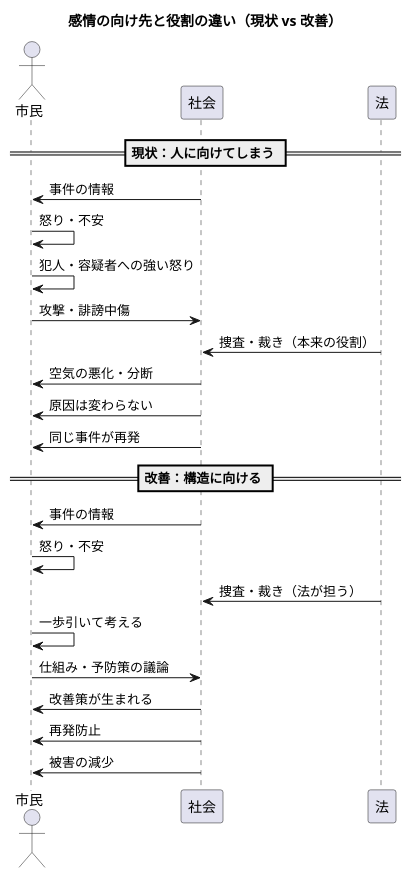
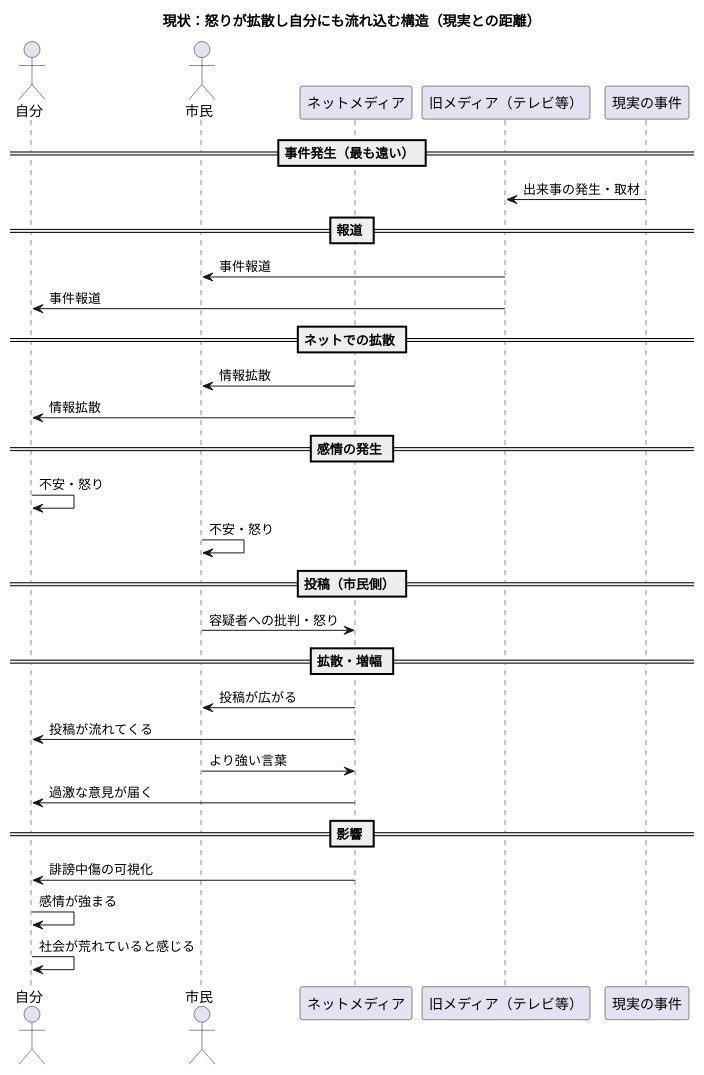
Before and after one commit to coacoa/images: the diagram in media_fix1.pu, drawn with PlantUML. The commit also changed 3 other files, not shown here.

```diff
--- a/media_fix1.pu
+++ b/media_fix1.pu
@@ -1,34 +1,39 @@
 @startuml
-title 感情の向け先と役割の違い（現状 vs 改善）
+title 現状：怒りが拡散し自分にも流れ込む構造（現実との距離）
 
-actor 市民
-participant 社会
-participant 法
+actor 自分
+actor 市民 as その他の人
+participant "ネットメディア" as netmedia
+participant "旧メディア（テレビ等）" as oldmedia
+participant "現実の事件" as reality
 
-== 現状：人に向けてしまう ==
-社会 -> 市民 : 事件の情報
-市民 -> 市民 : 怒り・不安
+== 事件発生（最も遠い） ==
+reality -> oldmedia : 出来事の発生・取材
 
-市民 -> 市民 : 犯人・容疑者への強い怒り
-市民 -> 社会 : 攻撃・誹謗中傷
+== 報道 ==
+oldmedia -> その他の人 : 事件報道
+oldmedia -> 自分 : 事件報道
 
-法 -> 社会 : 捜査・裁き（本来の役割）
+== ネットでの拡散 ==
+netmedia -> その他の人 : 情報拡散
+netmedia -> 自分 : 情報拡散
 
-社会 -> 市民 : 空気の悪化・分断
-社会 -> 市民 : 原因は変わらない
-社会 -> 市民 : 同じ事件が再発
+== 感情の発生 ==
+自分 -> 自分 : 不安・怒り
+その他の人 -> その他の人 : 不安・怒り
 
-== 改善：構造に向ける ==
-社会 -> 市民 : 事件の情報
-市民 -> 市民 : 怒り・不安
+== 投稿（市民側） ==
+その他の人 -> netmedia : 容疑者への批判・怒り
 
-法 -> 社会 : 捜査・裁き（法が担う）
+== 拡散・増幅 ==
+netmedia -> その他の人 : 投稿が広がる
+netmedia -> 自分 : 投稿が流れてくる
+その他の人 -> netmedia : より強い言葉
+netmedia -> 自分 : 過激な意見が届く
 
-市民 -> 市民 : 一歩引いて考える
-市民 -> 社会 : 仕組み・予防策の議論
-
-社会 -> 市民 : 改善策が生まれる
-社会 -> 市民 : 再発防止
-社会 -> 市民 : 被害の減少
+== 影響 ==
+netmedia -> 自分 : 誹謗中傷の可視化
+自分 -> 自分 : 感情が強まる
+自分 -> 自分 : 社会が荒れていると感じる
 
 @enduml
```
